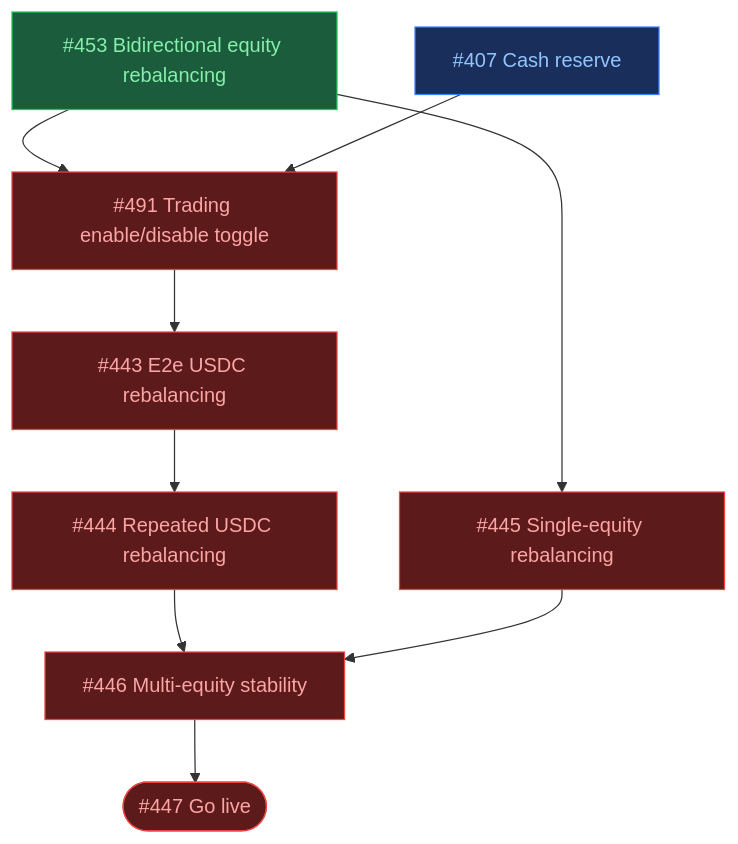
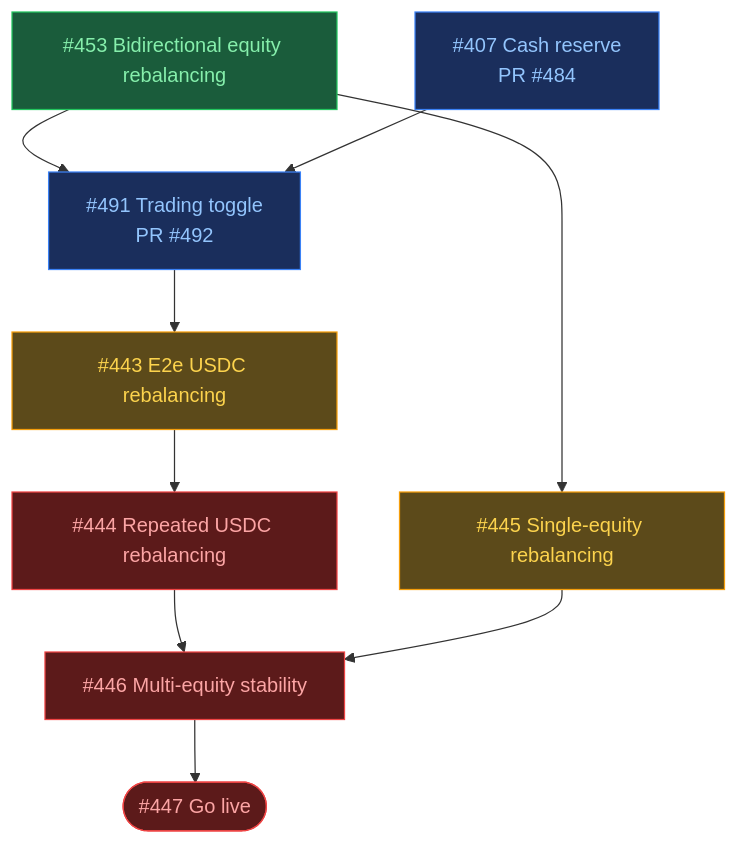
The eighth of 8 diagrams in ROADMAP.md (ST0x-Technology/st0x.liquidity), drawn with Mermaid before and after one commit. The commit also changed other lines of this file, not shown here.

Commit message:
roadmap: add 'ready' state for stackable dependencies, re-evaluate all graphs

````diff
--- a/ROADMAP.md
+++ b/ROADMAP.md
@@ -297,28 +299,29 @@
 ```mermaid
 graph TD
     classDef wip fill:#1a2e5c,stroke:#3b82f6,color:#93c5fd
+    classDef ready fill:#5c4a1a,stroke:#f59e0b,color:#fcd34d
     classDef blocked fill:#5c1a1a,stroke:#ef4444,color:#fca5a5
     classDef done fill:#1a5c3b,stroke:#22c55e,color:#86efac
 
     id453["#453 Bidirectional equity rebalancing"]:::done
-    id407["#407 Cash reserve"]:::wip
-    id491["#491 Trading enable/disable toggle"]:::blocked
-    id443["#443 E2e USDC rebalancing"]:::blocked
+    id407["#407 Cash reserve<br/>PR #484"]:::wip
+    id491["#491 Trading toggle<br/>PR #492"]:::wip
+    id443["#443 E2e USDC rebalancing"]:::ready
     id444["#444 Repeated USDC rebalancing"]:::blocked
-    id445["#445 Single-equity rebalancing"]:::blocked
+    id445["#445 Single-equity rebalancing"]:::ready
     id446["#446 Multi-equity stability"]:::blocked
     id447(["#447 Go live"]):::blocked
 
     id453 & id407 --> id491 --> id443 --> id444
     id453 --> id445
     id444 & id445 --> id446 --> id447
 
     click id453 href "https://github.com/ST0x-Technology/st0x.liquidity/issues/453"
     click id407 href "https://github.com/ST0x-Technology/st0x.liquidity/issues/407"
     click id491 href "https://github.com/ST0x-Technology/st0x.liquidity/issues/491"
     click id443 href "https://github.com/ST0x-Technology/st0x.liquidity/issues/443"
     click id444 href "https://github.com/ST0x-Technology/st0x.liquidity/issues/444"
     click id445 href "https://github.com/ST0x-Technology/st0x.liquidity/issues/445"
     click id446 href "https://github.com/ST0x-Technology/st0x.liquidity/issues/446"
     click id447 href "https://github.com/ST0x-Technology/st0x.liquidity/issues/447"
 ```
````
